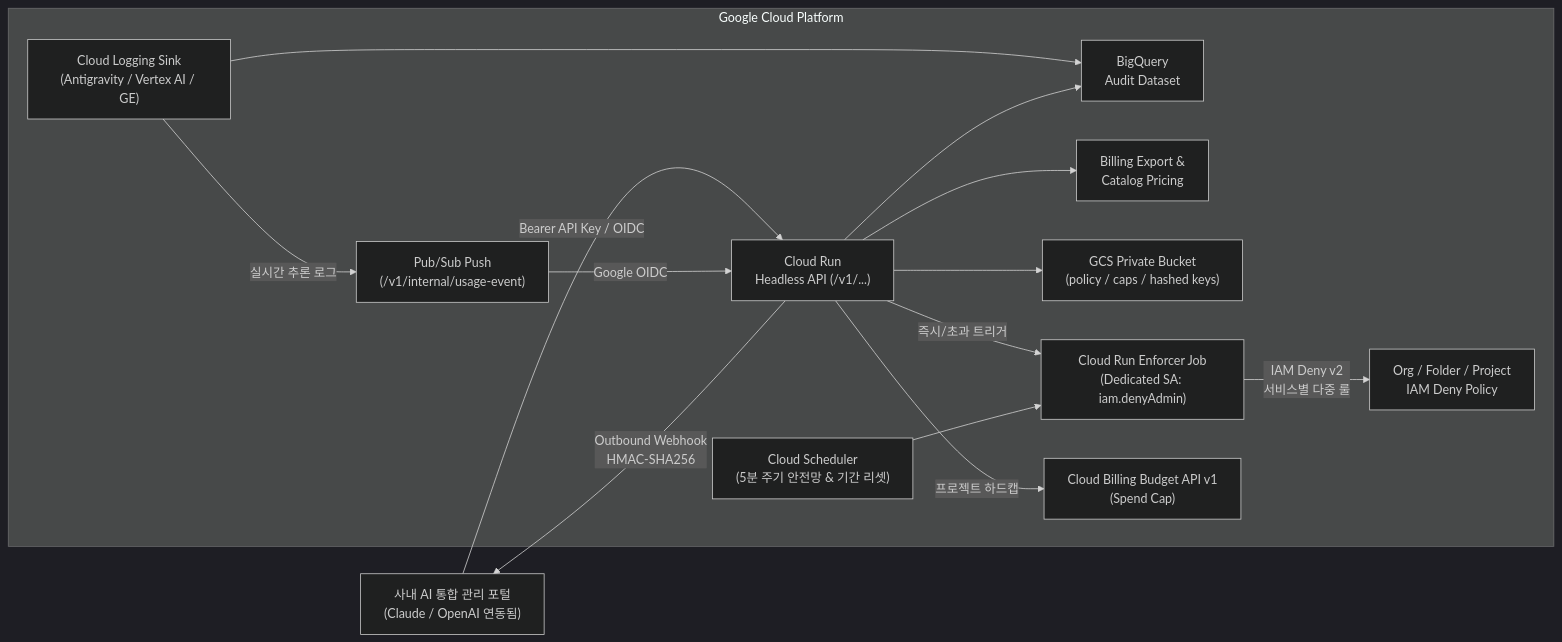
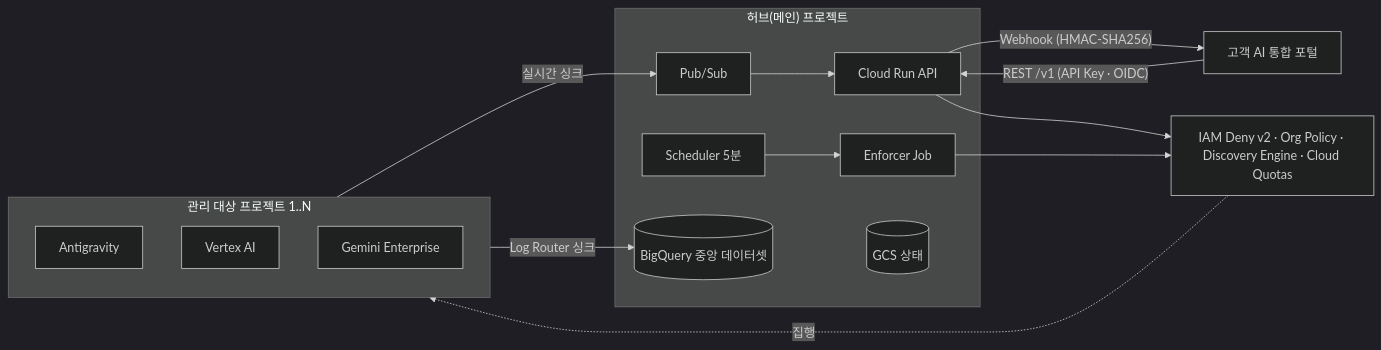
Before and after one commit to ldu1225/gcp-ai-usage-caps-api: the diagram in README.md, drawn with Mermaid (dark theme). The commit also changed other lines of this file and 57 other files, not shown here.

````diff
--- a/README.md
+++ b/README.md
@@ -16,18 +65,22 @@
 ```mermaid
 flowchart LR
-    Portal["사내 AI 통합 관리 포털<br/>(Claude / OpenAI 연동됨)"] -->|Bearer API Key / OIDC| API["Cloud Run<br/>Headless API (/v1/...)"]
-    API -->|Outbound Webhook<br/>HMAC-SHA256| Portal
-
-    subgraph GCP["Google Cloud Platform"]
-        Sink["Cloud Logging Sink<br/>(Antigravity / Vertex AI / GE)"] --> BQ["BigQuery<br/>Audit Dataset"]
-        Sink -->|실시간 추론 로그| PS["Pub/Sub Push<br/>(/v1/internal/usage-event)"]
-        PS -->|Google OIDC| API
-        API --> BQ
-        API --> Billing["Billing Export &<br/>Catalog Pricing"]
-        API --> GCS["GCS Private Bucket<br/>(policy / caps / hashed keys)"]
-        API -->|즉시/초과 트리거| Job["Cloud Run Enforcer Job<br/>(Dedicated SA: iam.denyAdmin)"]
-        Sched["Cloud Scheduler<br/>(5분 주기 안전망 & 기간 리셋)"] --> Job
-        Job -->|IAM Deny v2<br/>서비스별 다중 룰| IAM["Org / Folder / Project<br/>IAM Deny Policy"]
-        API -->|프로젝트 하드캡| Budget["Cloud Billing Budget API v1<br/>(Spend Cap)"]
+    Portal["고객 AI 통합 포털"] -- "REST /v1 (API Key · OIDC)" --> API
+    API -- "Webhook (HMAC-SHA256)" --> Portal
+    subgraph HUB["허브(메인) 프로젝트"]
+        API["Cloud Run API"]
+        JOB["Enforcer Job"]
+        SCH["Scheduler 5분"] --> JOB
+        PS["Pub/Sub"] --> API
+        BQ[("BigQuery 중앙 데이터셋")]
+        GCS[("GCS 상태")]
     end
+    subgraph SPOKE["관리 대상 프로젝트 1..N"]
+        AGY["Antigravity"]
+        VTX["Vertex AI"]
+        GE["Gemini Enterprise"]
+    end
+    SPOKE -- "Log Router 싱크" --> BQ
+    SPOKE -- "실시간 싱크" --> PS
+    API & JOB --> CTRL["IAM Deny v2 · Org Policy · Discovery Engine · Cloud Quotas"]
+    CTRL -. "집행" .-> SPOKE
 ```
````
